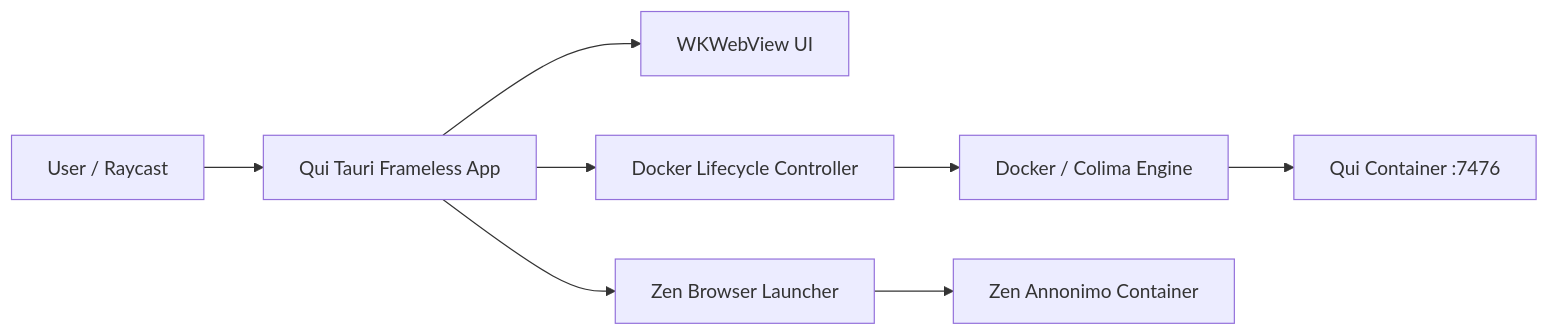
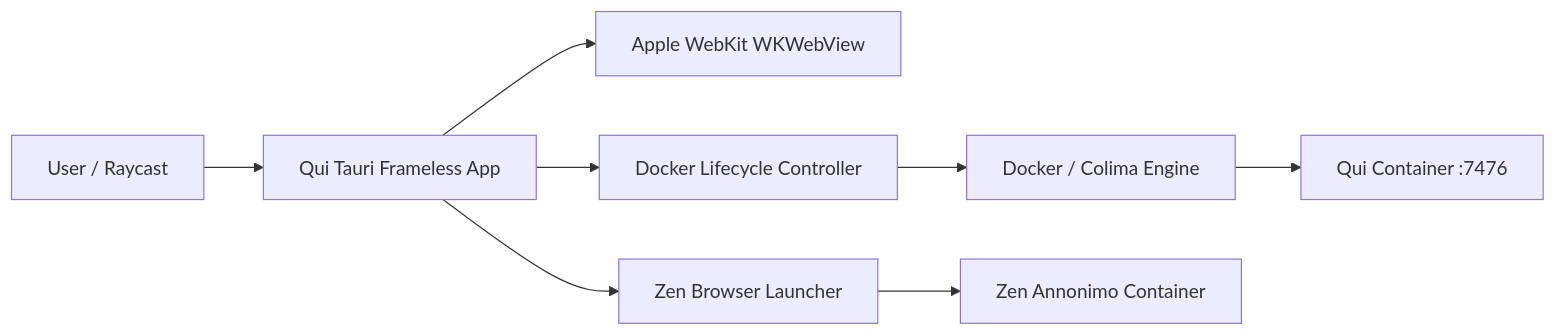
The diagram in docs/architecture/overview.md (Johann-Goncalves-Pereira/Raycast), drawn with Mermaid before and after one commit. The commit also changed other lines of this file and 1 other file, not shown here.

First line of the commit message:
docs 📚: Update architecture and README for frameless squircle Tauri wrapper

````diff
--- a/docs/architecture/overview.md
+++ b/docs/architecture/overview.md
@@ -9,10 +9,10 @@
 ```mermaid
 flowchart LR
   User[User / Raycast] --> QuiApp[Qui Tauri Frameless App]
-  QuiApp --> Webview[WKWebView UI]
+  QuiApp --> Webview[Apple WebKit WKWebView]
   QuiApp --> DockerCtrl[Docker Lifecycle Controller]
   DockerCtrl --> DockerDaemon[Docker / Colima Engine]
   DockerDaemon --> QuiContainer[Qui Container :7476]
   QuiApp --> ZenLauncher[Zen Browser Launcher]
   ZenLauncher --> ZenAnnonimo[Zen Annonimo Container]
 ```
````
